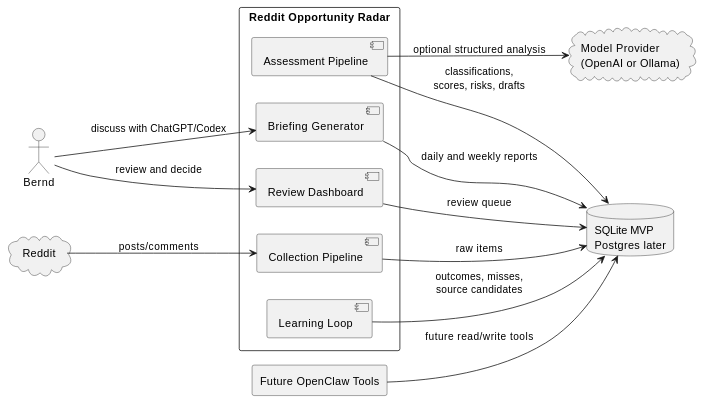
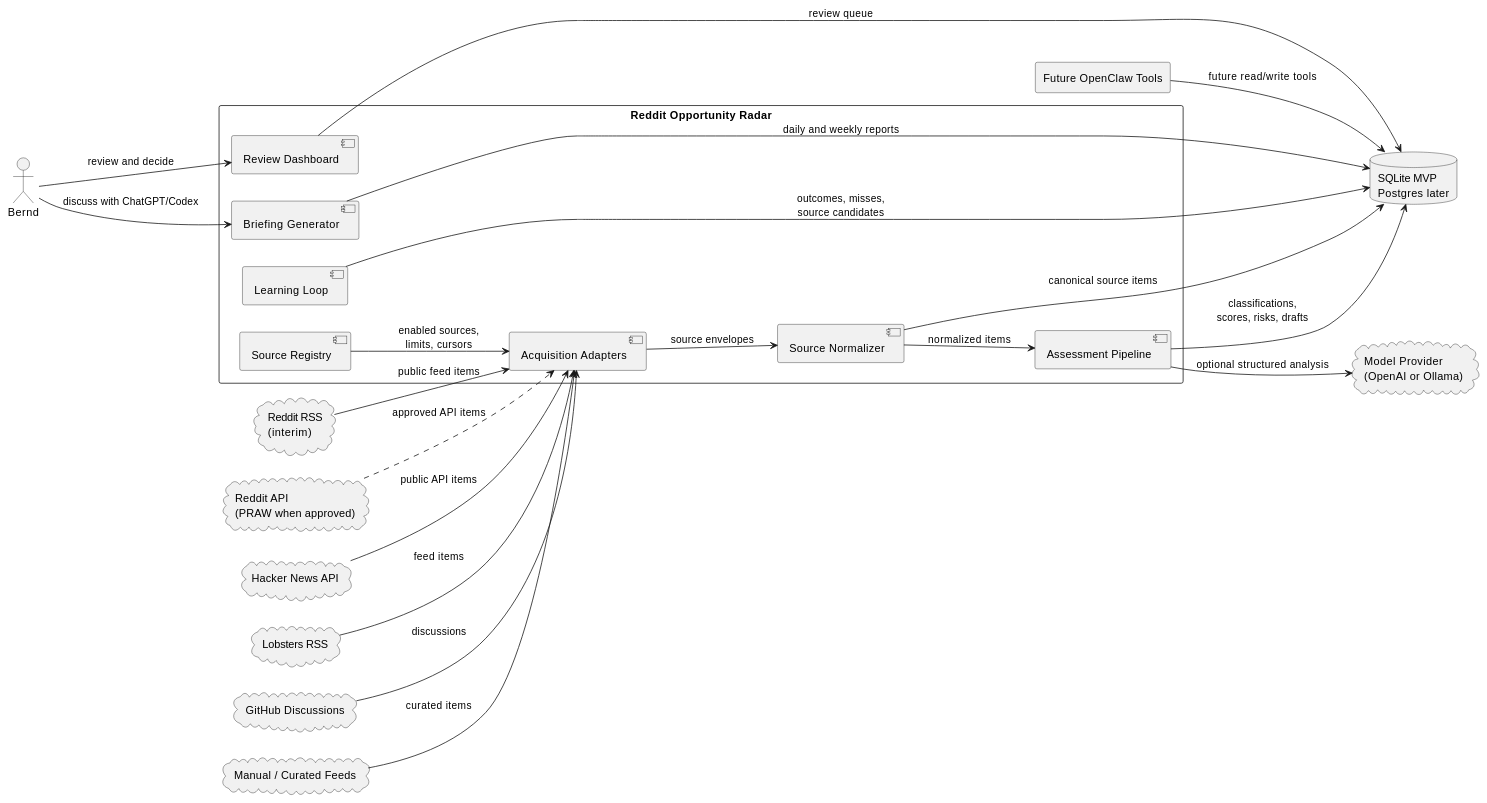
One commit to bprager/reddit-opportunity-agent changed the first of 3 diagrams in Docs/architecture.md. Above: the diagram before and after it, drawn with PlantUML. The commit also changed other lines of this file and 18 other files, not shown here.

````diff
--- a/Docs/architecture.md
+++ b/Docs/architecture.md
@@ -46,30 +57,45 @@
 ```plantuml
 @startuml
 left to right direction
 
 actor Bernd
-cloud "Reddit" as Reddit
+cloud "Reddit RSS\n(interim)" as RedditRSS
+cloud "Reddit API\n(PRAW when approved)" as RedditAPI
+cloud "Hacker News API" as HN
+cloud "Lobsters RSS" as Lobsters
+cloud "GitHub Discussions" as GitHub
+cloud "Manual / Curated Feeds" as Manual
 cloud "Model Provider\n(OpenAI or Ollama)" as Model
 rectangle "Reddit Opportunity Radar" as Radar {
-  component "Collection Pipeline" as Collector
+  component "Source Registry" as Registry
+  component "Acquisition Adapters" as Adapters
+  component "Source Normalizer" as Normalizer
   component "Assessment Pipeline" as Assess
   component "Review Dashboard" as Dashboard
   component "Briefing Generator" as Briefing
   component "Learning Loop" as Learning
 }
 database "SQLite MVP\nPostgres later" as DB
 rectangle "Future OpenClaw Tools" as Tools
 
-Reddit --> Collector : posts/comments
-Collector --> DB : raw items
+RedditRSS --> Adapters : public feed items
+RedditAPI ..> Adapters : approved API items
+HN --> Adapters : public API items
+Lobsters --> Adapters : feed items
+GitHub --> Adapters : discussions
+Manual --> Adapters : curated items
+Registry --> Adapters : enabled sources,\nlimits, cursors
+Adapters --> Normalizer : source envelopes
+Normalizer --> DB : canonical source items
+Normalizer --> Assess : normalized items
 Assess --> DB : classifications,\nscores, risks, drafts
 Assess --> Model : optional structured analysis
 Dashboard --> DB : review queue
 Briefing --> DB : daily and weekly reports
 Learning --> DB : outcomes, misses,\nsource candidates
 Bernd --> Dashboard : review and decide
 Bernd --> Briefing : discuss with ChatGPT/Codex
 Tools --> DB : future read/write tools
 
 @enduml
 ```
````
